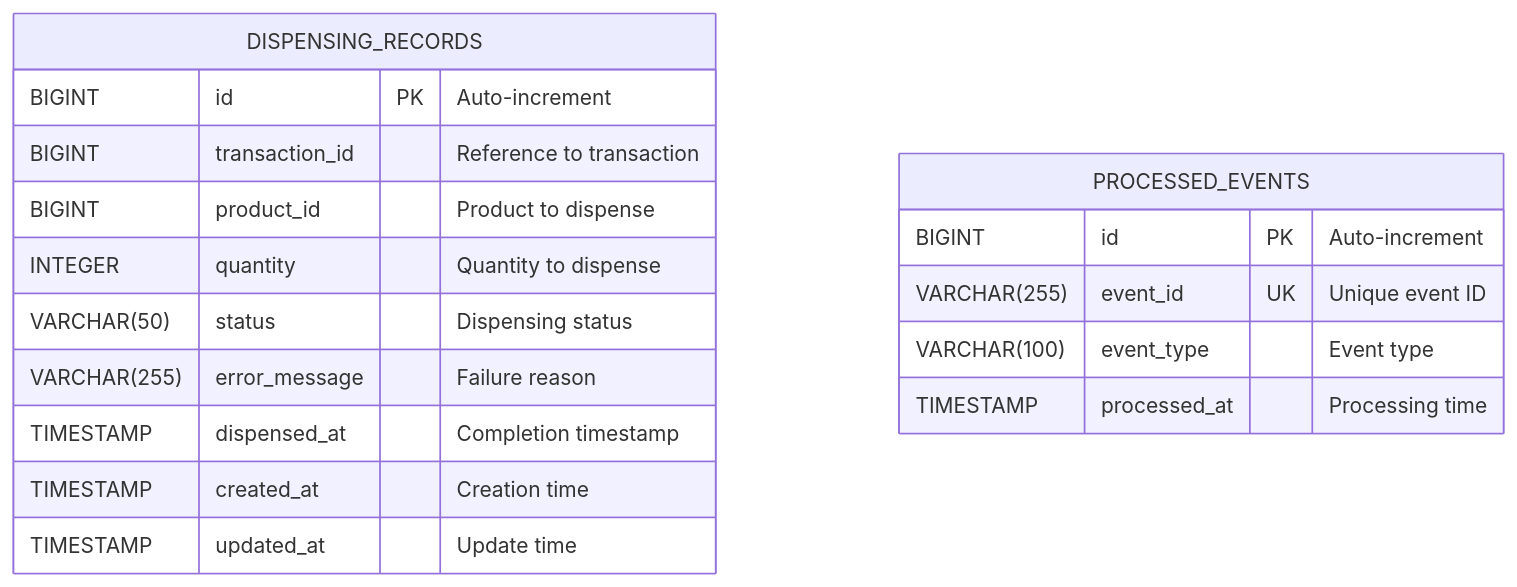
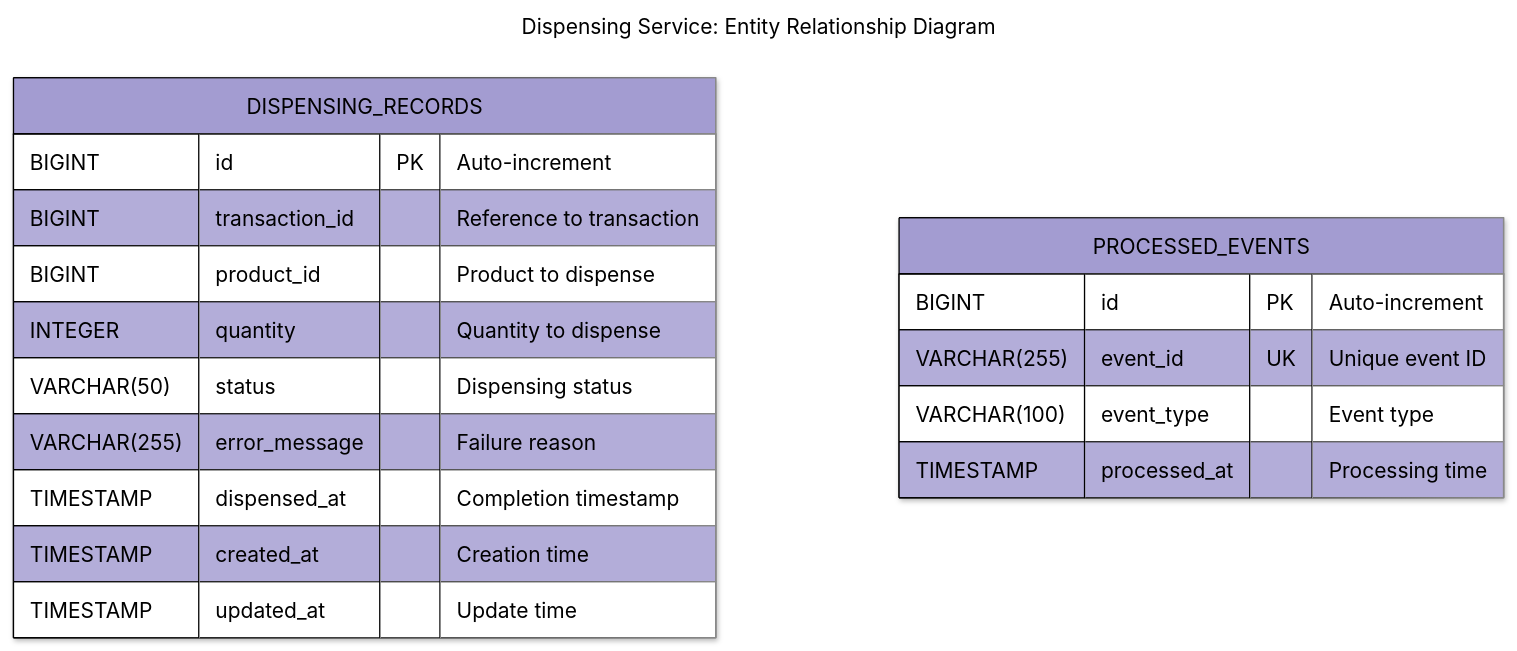
The fourth of 8 diagrams in Documentation/diagrams/dispensing-service.md (BrunoGil-AS/Vending-Machine-Microservices), drawn with Mermaid before and after one commit. The commit also changed other lines of this file and 7 other files, not shown here.

Commit message:
docs: Update service diagrams with new configurations and titles

````diff
--- a/Documentation/diagrams/dispensing-service.md
+++ b/Documentation/diagrams/dispensing-service.md
@@ -172,21 +214,35 @@
 ```mermaid
+---
+config:
+  theme: base
+  themeVariables:
+    primaryColor: '#a39cd1ff'
+    primaryTextColor: '#000000'
+    secondaryTextColor: '#ffffffff'
+    primaryBorderColor: '#000000'
+    lineColor: '#000000ff'
+    secondaryColor: '#90b590ff'
+    tertiaryColor: '#f9f6a1ff'
+  look: neo
+title: 'Dispensing Service: Entity Relationship Diagram'
+---
 erDiagram
     DISPENSING_RECORDS {
         BIGINT id PK "Auto-increment"
         BIGINT transaction_id "Reference to transaction"
         BIGINT product_id "Product to dispense"
         INTEGER quantity "Quantity to dispense"
         VARCHAR(50) status "Dispensing status"
         VARCHAR(255) error_message "Failure reason"
         TIMESTAMP dispensed_at "Completion timestamp"
         TIMESTAMP created_at "Creation time"
         TIMESTAMP updated_at "Update time"
     }
 
     PROCESSED_EVENTS {
         BIGINT id PK "Auto-increment"
         VARCHAR(255) event_id UK "Unique event ID"
         VARCHAR(100) event_type "Event type"
         TIMESTAMP processed_at "Processing time"
     }
 ```
````
